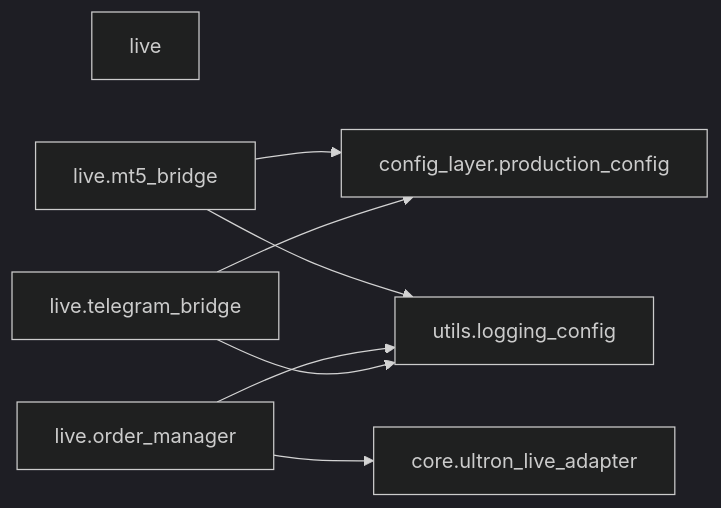
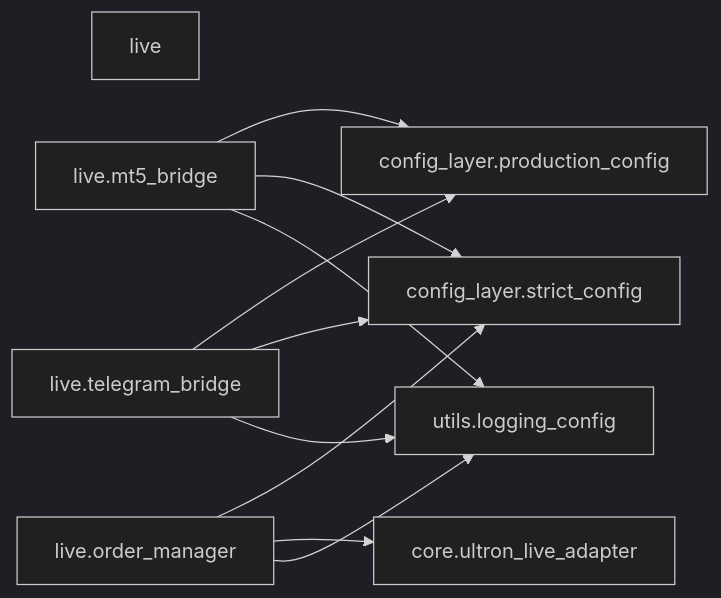
Diagram 22 of 41 in docs/architecture/code-map.generated.md (Chaithu1995-0312/TradeHlt), drawn with Mermaid (dark theme) before and after one commit. The commit also changed other lines of this file and 6 other files, not shown here.

````diff
--- a/docs/architecture/code-map.generated.md
+++ b/docs/architecture/code-map.generated.md
@@ -1346,16 +1459,20 @@
 ```mermaid
 flowchart LR
     live["live"]
     live_mt5_bridge["live.mt5_bridge"]
     live_order_manager["live.order_manager"]
     live_telegram_bridge["live.telegram_bridge"]
     config_layer_production_config["config_layer.production_config"]
+    config_layer_strict_config["config_layer.strict_config"]
     core_ultron_live_adapter["core.ultron_live_adapter"]
     utils_logging_config["utils.logging_config"]
     live_mt5_bridge --> config_layer_production_config
+    live_mt5_bridge --> config_layer_strict_config
     live_mt5_bridge --> utils_logging_config
+    live_order_manager --> config_layer_strict_config
     live_order_manager --> core_ultron_live_adapter
     live_order_manager --> utils_logging_config
     live_telegram_bridge --> config_layer_production_config
+    live_telegram_bridge --> config_layer_strict_config
     live_telegram_bridge --> utils_logging_config
 ```
````
